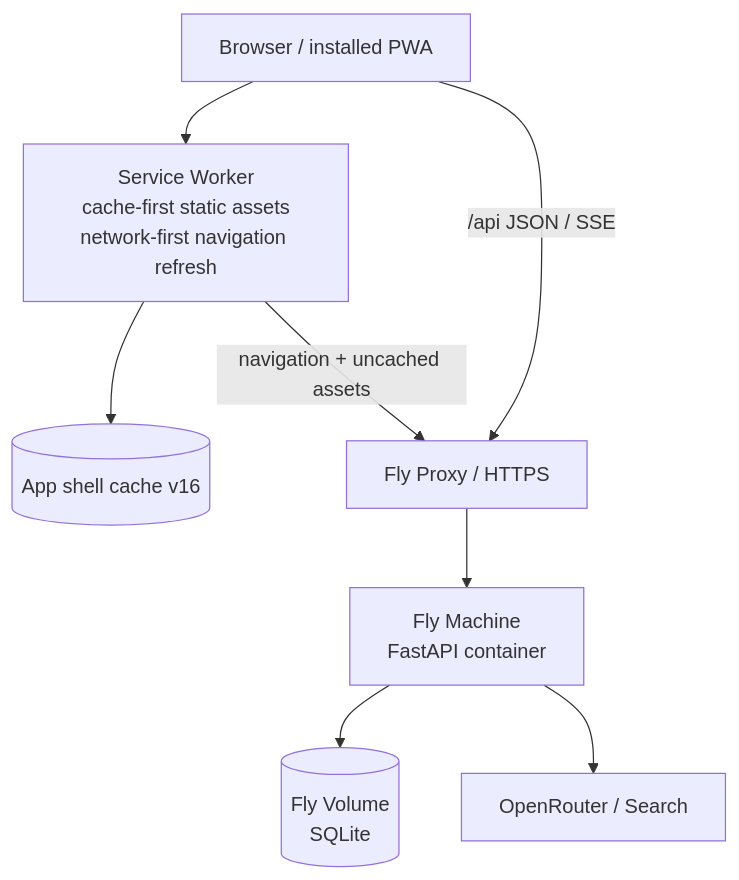
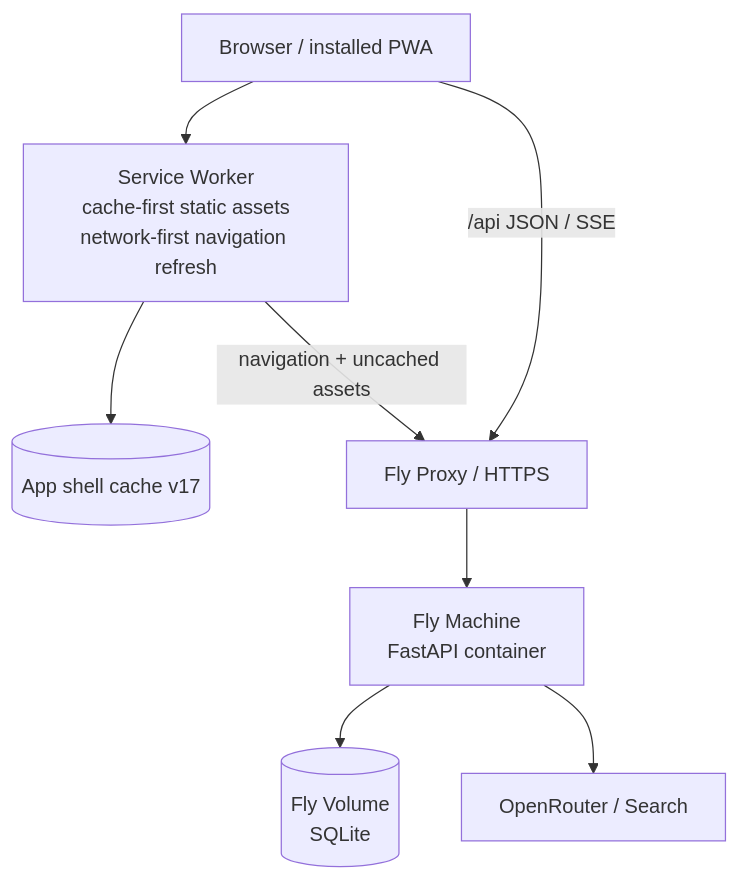
One commit to Teng91/running-shoes changed the sixth of 6 diagrams in docs/architecture.md. Above: the diagram before and after it, drawn with Mermaid. The commit also changed other lines of this file and 12 other files, not shown here.

````diff
--- a/docs/architecture.md
+++ b/docs/architecture.md
@@ -197,18 +202,18 @@
 ```mermaid
 flowchart TB
     Browser[Browser / installed PWA]
     SW[Service Worker<br/>cache-first static assets<br/>network-first navigation refresh]
-    Shell[(App shell cache v16)]
+    Shell[(App shell cache v17)]
     FlyProxy[Fly Proxy / HTTPS]
     Machine[Fly Machine<br/>FastAPI container]
     Volume[(Fly Volume<br/>SQLite)]
     External[OpenRouter / Search]
 
     Browser --> SW
     SW --> Shell
     SW -->|navigation + uncached assets| FlyProxy
     Browser -->|/api JSON / SSE| FlyProxy
     FlyProxy --> Machine
     Machine --> Volume
     Machine --> External
 ```
````
